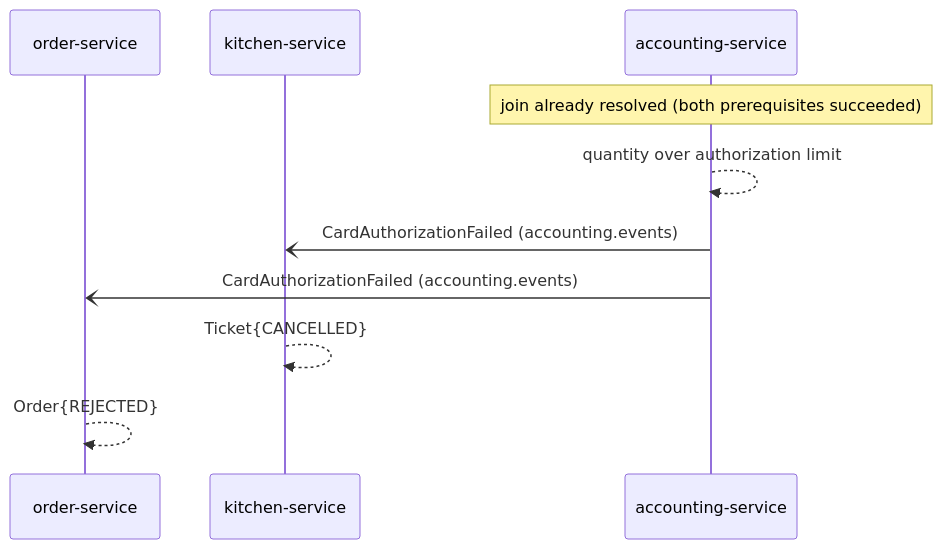
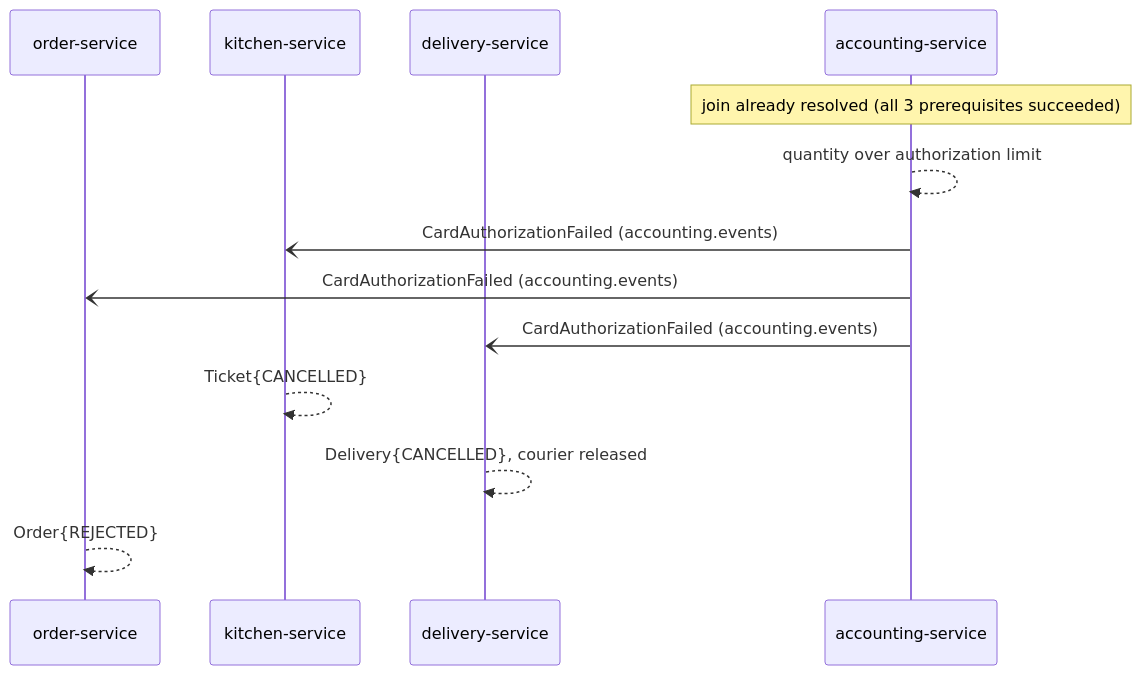
The fourth of 22 diagrams in docs/ARCHITECTURE.md (sanjaykpradhan10/my-food-to-go-app), drawn with Mermaid before and after one commit. The commit also changed other lines of this file and 5 other files, not shown here.

Commit message:
docs: document Delivery aggregate and saga participation across all touched services

````diff
--- a/docs/ARCHITECTURE.md
+++ b/docs/ARCHITECTURE.md
@@ -146,13 +168,16 @@
 ```mermaid
 sequenceDiagram
     participant O as order-service
     participant K as kitchen-service
+    participant D as delivery-service
     participant A as accounting-service
 
-    Note over A: join already resolved (both prerequisites succeeded)
+    Note over A: join already resolved (all 3 prerequisites succeeded)
     A-->>A: quantity over authorization limit
     A-)K: CardAuthorizationFailed (accounting.events)
     A-)O: CardAuthorizationFailed (accounting.events)
+    A-)D: CardAuthorizationFailed (accounting.events)
     K-->>K: Ticket{CANCELLED}
+    D-->>D: Delivery{CANCELLED}, courier released
     O-->>O: Order{REJECTED}
 ```
````
